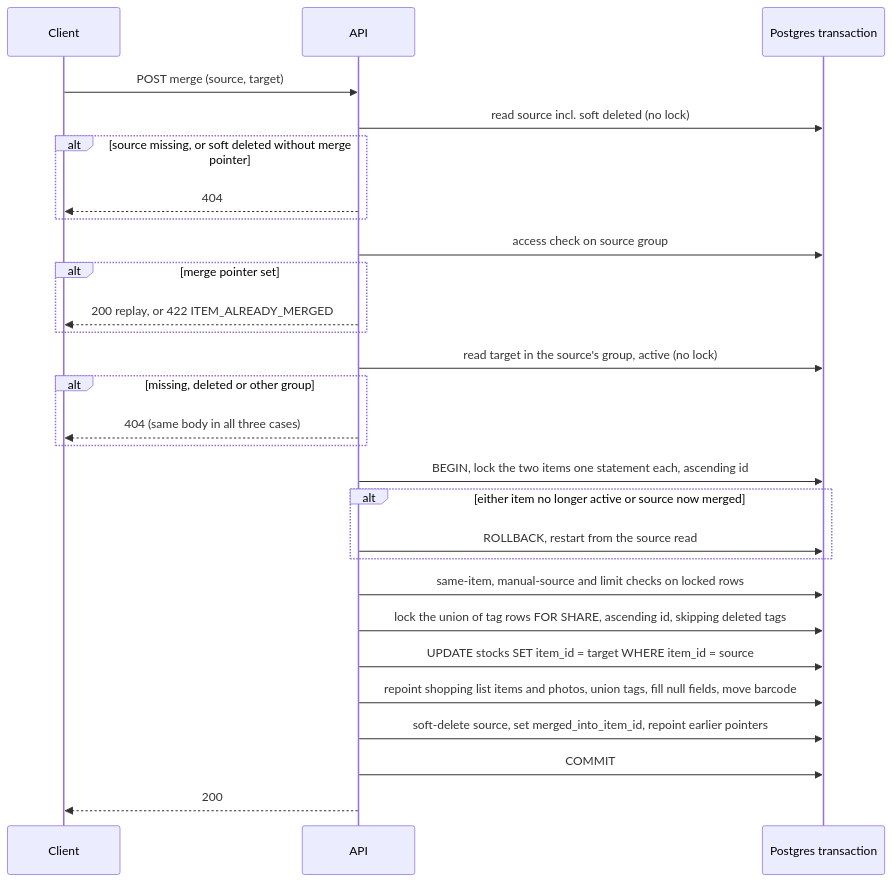
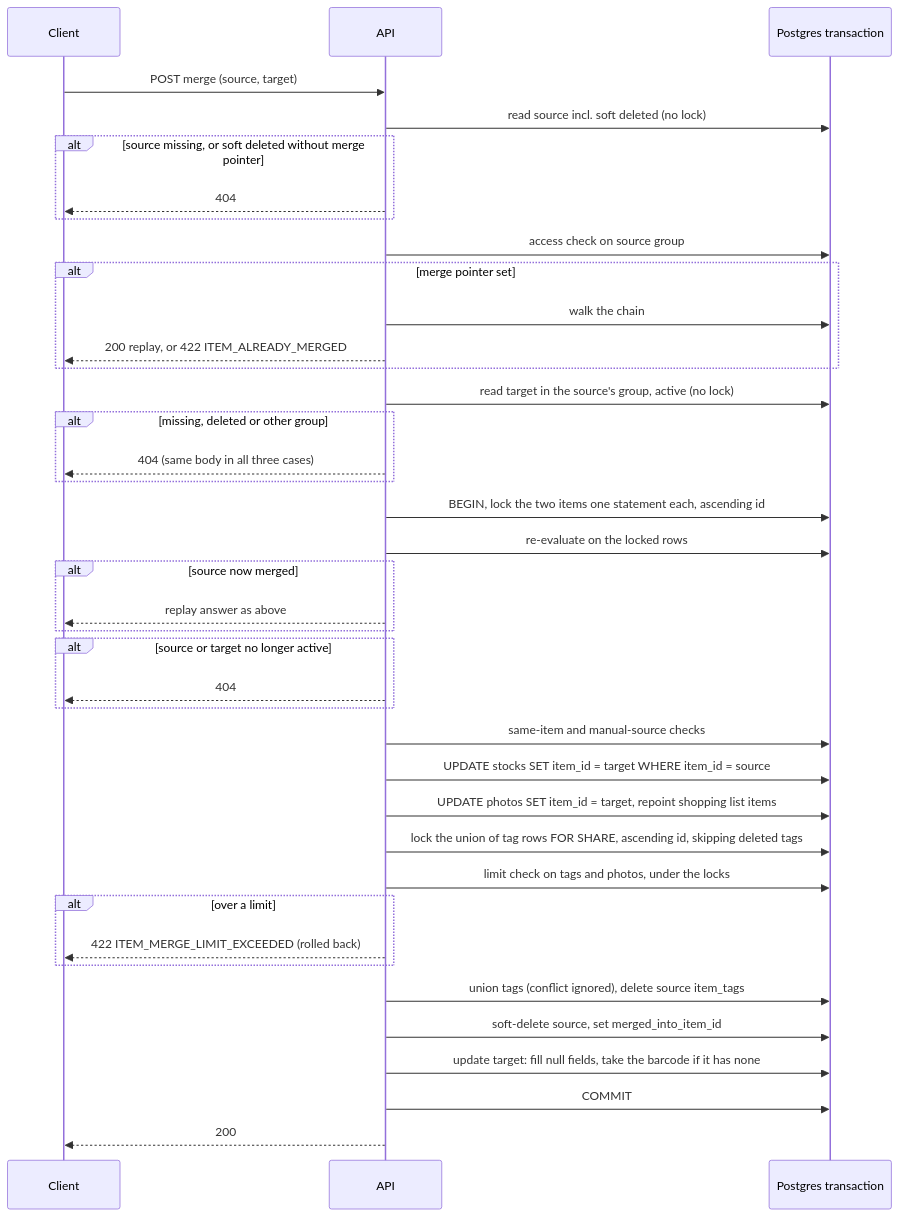
The diagram in docs/design/item-merge.md (TakashiAihara/prep-hamster), drawn with Mermaid before and after one commit. The commit also changed other lines of this file and 3 other files, not shown here.

````diff
--- a/docs/design/item-merge.md
+++ b/docs/design/item-merge.md
@@ -90,30 +96,41 @@
 ```mermaid
 sequenceDiagram
   participant C as Client
   participant A as API
   participant D as Postgres transaction
   C->>A: POST merge (source, target)
   A->>D: read source incl. soft deleted (no lock)
   alt source missing, or soft deleted without merge pointer
     A-->>C: 404
   end
   A->>D: access check on source group
   alt merge pointer set
+    A->>D: walk the chain
     A-->>C: 200 replay, or 422 ITEM_ALREADY_MERGED
   end
   A->>D: read target in the source's group, active (no lock)
   alt missing, deleted or other group
     A-->>C: 404 (same body in all three cases)
   end
   A->>D: BEGIN, lock the two items one statement each, ascending id
-  alt either item no longer active or source now merged
-    A->>D: ROLLBACK, restart from the source read
+  A->>D: re-evaluate on the locked rows
+  alt source now merged
+    A-->>C: replay answer as above
   end
-  A->>D: same-item, manual-source and limit checks on locked rows
+  alt source or target no longer active
+    A-->>C: 404
+  end
+  A->>D: same-item and manual-source checks
+  A->>D: UPDATE stocks SET item_id = target WHERE item_id = source
+  A->>D: UPDATE photos SET item_id = target, repoint shopping list items
   A->>D: lock the union of tag rows FOR SHARE, ascending id, skipping deleted tags
-  A->>D: UPDATE stocks SET item_id = target WHERE item_id = source
-  A->>D: repoint shopping list items and photos, union tags, fill null fields, move barcode
-  A->>D: soft-delete source, set merged_into_item_id, repoint earlier pointers
+  A->>D: limit check on tags and photos, under the locks
+  alt over a limit
+    A-->>C: 422 ITEM_MERGE_LIMIT_EXCEEDED (rolled back)
+  end
+  A->>D: union tags (conflict ignored), delete source item_tags
+  A->>D: soft-delete source, set merged_into_item_id
+  A->>D: update target: fill null fields, take the barcode if it has none
   A->>D: COMMIT
   A-->>C: 200
 ```
````
